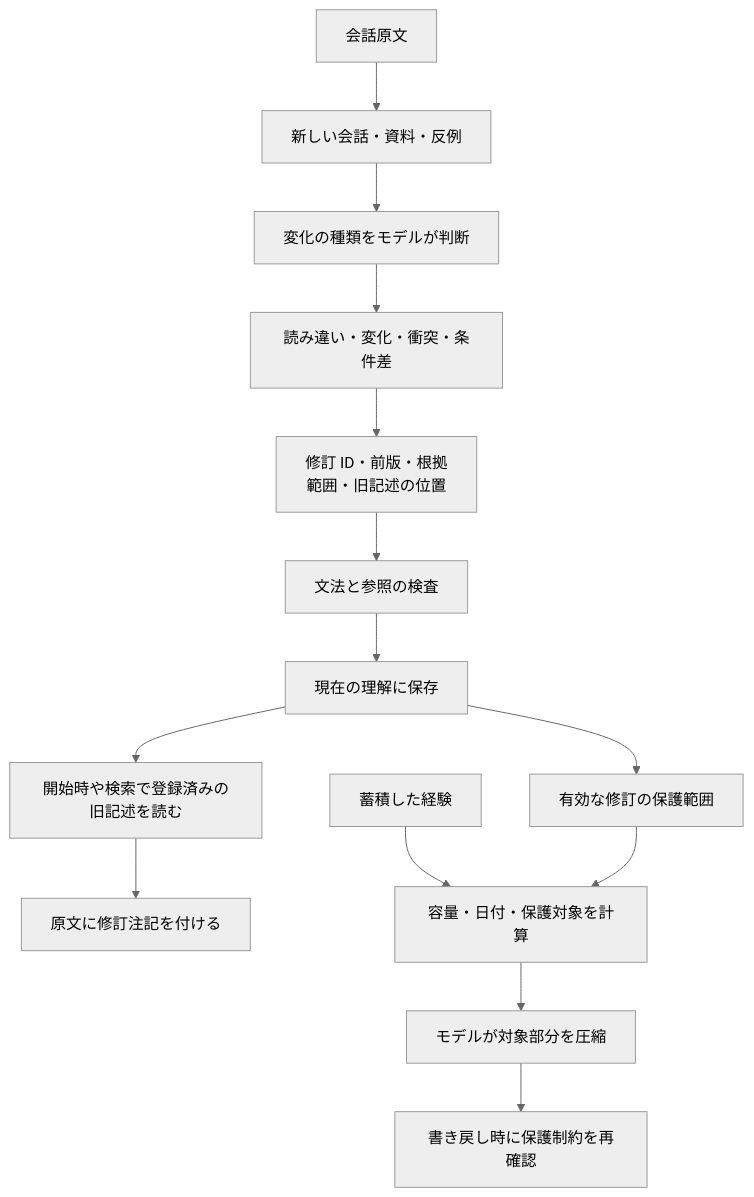
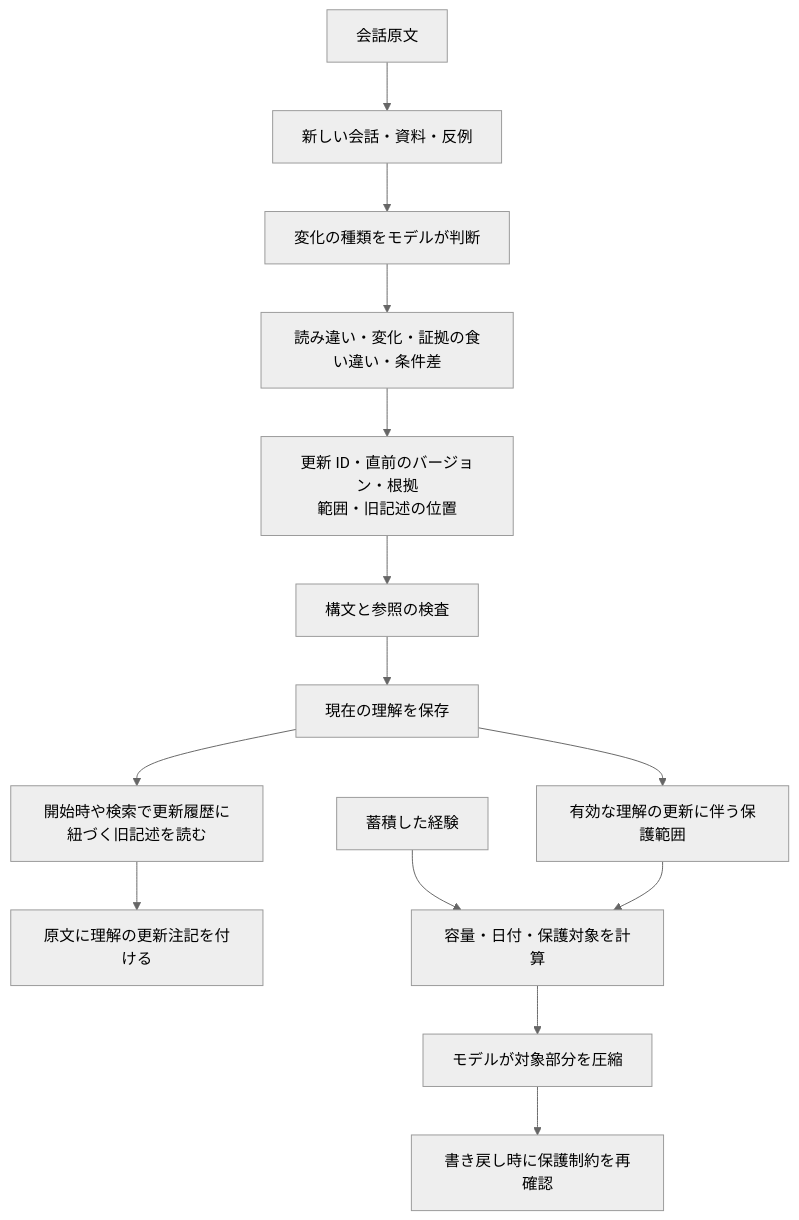
One commit to ikarugaikoi/hikaru-memory changed the third of 4 diagrams in docs/ja/architecture.md. Above: the diagram before and after it, drawn with Mermaid (neutral theme). The commit also changed other lines of this file and 26 other files, not shown here.

````diff
--- a/docs/ja/architecture.md
+++ b/docs/ja/architecture.md
@@ -87,16 +87,16 @@
 ```mermaid
 flowchart TD
     Evidence[新しい会話・資料・反例] --> Interpret[変化の種類をモデルが判断]
-    Interpret --> Revision[読み違い・変化・衝突・条件差]
-    Revision --> Fields[修訂 ID・前版・根拠\n範囲・旧記述の位置]
-    Fields --> Check[文法と参照の検査]
-    Check --> Notes[現在の理解に保存]
-    Notes --> Readback[開始時や検索で登録済みの旧記述を読む]
-    Readback --> Annotate[原文に修訂注記を付ける]
+    Interpret --> Revision[読み違い・変化・証拠の食い違い・条件差]
+    Revision --> Fields[更新 ID・直前のバージョン・根拠\n範囲・旧記述の位置]
+    Fields --> Check[構文と参照の検査]
+    Check --> Notes[現在の理解を保存]
+    Notes --> Readback[開始時や検索で更新履歴に紐づく旧記述を読む]
+    Readback --> Annotate[原文に理解の更新注記を付ける]
     Episodes[蓄積した経験] --> Plan[容量・日付・保護対象を計算]
-    Notes --> Protect[有効な修訂の保護範囲]
+    Notes --> Protect[有効な理解の更新に伴う保護範囲]
     Protect --> Plan
     Plan --> Summarize[モデルが対象部分を圧縮]
     Summarize --> Commit[書き戻し時に保護制約を再確認]
     Raw[会話原文] --> Evidence
 ```
````
